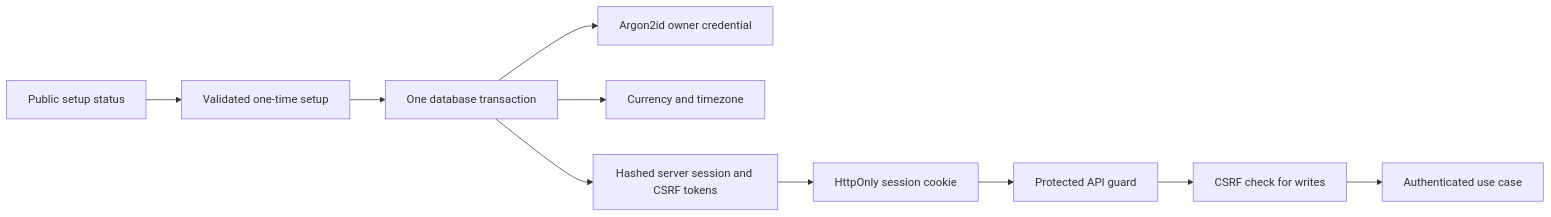
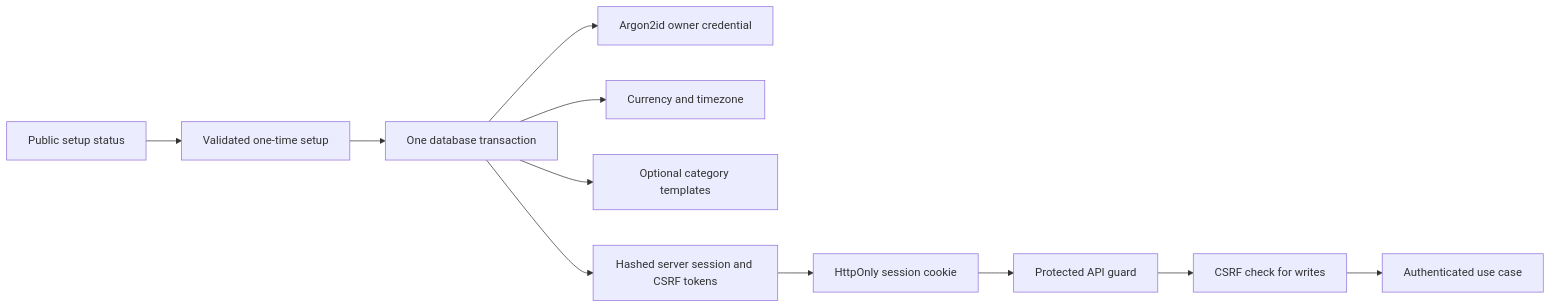
One commit to Gollardo/hermes changed the first of 7 diagrams in docs/architecture/data-flow.md. Above: the diagram before and after it, drawn with Mermaid. The commit also changed other lines of this file and 47 other files, not shown here.

````diff
--- a/docs/architecture/data-flow.md
+++ b/docs/architecture/data-flow.md
@@ -9,12 +9,13 @@
 ```mermaid
 flowchart LR
     Status["Public setup status"] --> Setup["Validated one-time setup"]
     Setup --> Tx["One database transaction"]
     Tx --> Credential["Argon2id owner credential"]
     Tx --> Preferences["Currency and timezone"]
+    Tx --> Categories["Optional category templates"]
     Tx --> Session["Hashed server session and CSRF tokens"]
     Session --> Cookie["HttpOnly session cookie"]
     Cookie --> Guard["Protected API guard"]
     Guard --> CSRF["CSRF check for writes"]
     CSRF --> UseCase["Authenticated use case"]
 ```
````
